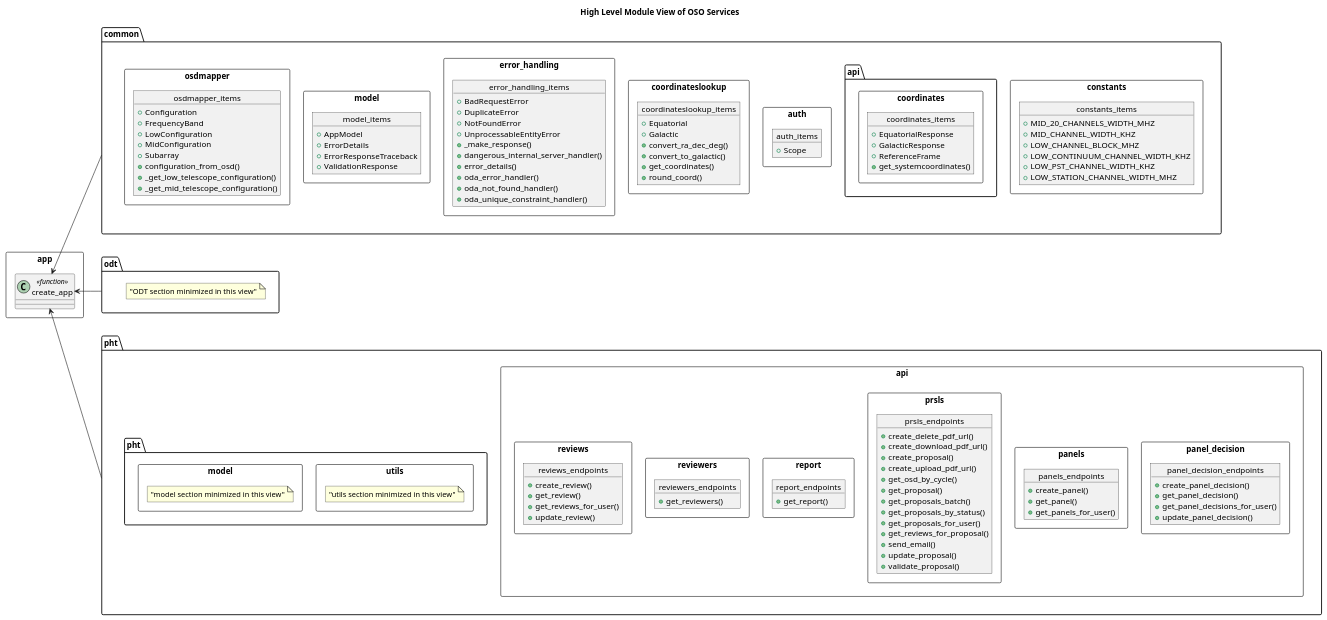
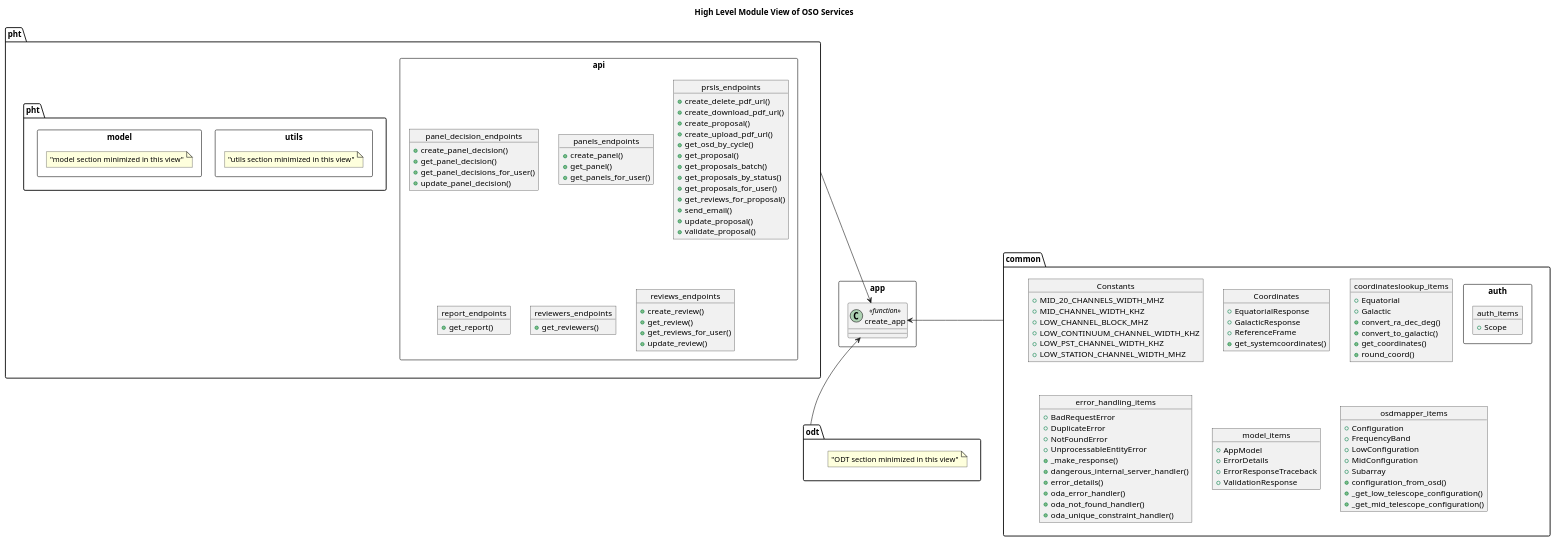
Before and after one commit to ska-telescope/ska-oso-services: the diagram in docs/src/internal/diagrams/module_top_view.puml, drawn with PlantUML. The commit also changed 1 other file, not shown here.

Commit message:
STAR-1524 - update diagram

```diff
--- a/docs/src/internal/diagrams/module_top_view.puml
+++ b/docs/src/internal/diagrams/module_top_view.puml
@@ -1,176 +1,149 @@
 @startuml
 top to bottom direction
 
 title High Level Module View of OSO Services
 
 package "common" as common_pkg {
 
-    package "constants" <<Rectangle>> {
-      object constants_items {
+      object Constants {
         + MID_20_CHANNELS_WIDTH_MHZ
         + MID_CHANNEL_WIDTH_KHZ
         + LOW_CHANNEL_BLOCK_MHZ
         + LOW_CONTINUUM_CHANNEL_WIDTH_KHZ
         + LOW_PST_CHANNEL_WIDTH_KHZ
         + LOW_STATION_CHANNEL_WIDTH_MHZ
       }
-    }
 
-    package "api.coordinates" <<Rectangle>> {
-      object coordinates_items {
+      object Coordinates {
           + EquatorialResponse
           + GalacticResponse
           + ReferenceFrame
           + get_systemcoordinates()
       }
-    }
 
     package "auth" <<Rectangle>> {
         object auth_items {
           + Scope
       }
     }
 
-    package "coordinateslookup" <<Rectangle>> {
         object coordinateslookup_items {
           + Equatorial
           + Galactic
           + convert_ra_dec_deg()
           + convert_to_galactic()
           + get_coordinates()
           + round_coord()
         }
-    }
 
-    package "error_handling" <<Rectangle>> {
         object error_handling_items {
           + BadRequestError
           + DuplicateError
           + NotFoundError
           + UnprocessableEntityError
           + _make_response()
           + dangerous_internal_server_handler()
           + error_details()
           + oda_error_handler()
           + oda_not_found_handler()
           + oda_unique_constraint_handler()
         }
-    }
 
-    package "model" <<Rectangle>> {
         object model_items {
           + AppModel
           + ErrorDetails
           + ErrorResponseTraceback
           + ValidationResponse
       }
-    }
 
-    package "osdmapper" <<Rectangle>> {
         object osdmapper_items {
           + Configuration
           + FrequencyBand
           + LowConfiguration
           + MidConfiguration
           + Subarray
           + configuration_from_osd()
           + _get_low_telescope_configuration()
           + _get_mid_telescope_configuration()
         }
-    }
 }
 
 package "odt" as odt_pkg {
     note as odt_note
     "ODT section minimized in this view"
     end note
 }
 
 package "pht" as pht_pkg {
     package "api" <<Rectangle>> {
-        package "panel_decision" <<Rectangle>> {
           object panel_decision_endpoints {
             + create_panel_decision()
             + get_panel_decision()
             + get_panel_decisions_for_user()
             + update_panel_decision()
           }
-        }
 
-      package "panels" <<Rectangle>> {
         object panels_endpoints {
           + create_panel()
           + get_panel()
           + get_panels_for_user()
         }
-      }
   
-      package "prsls" <<Rectangle>> {
         object prsls_endpoints {
           + create_delete_pdf_url()
           + create_download_pdf_url()
           + create_proposal()
           + create_upload_pdf_url()
           + get_osd_by_cycle()
           + get_proposal()
           + get_proposals_batch()
           + get_proposals_by_status()
           + get_proposals_for_user()
           + get_reviews_for_proposal()
           + send_email()
           + update_proposal()
           + validate_proposal()
         }
-      }
   
-      package "report" <<Rectangle>> {
         object report_endpoints {
           + get_report()
         }
-      }
   
-      package "reviewers" <<Rectangle>> {
         object reviewers_endpoints {
           + get_reviewers()
         }
-      }
   
-      package "reviews" <<Rectangle>> {
         object reviews_endpoints {
           + create_review()
           + get_review()
           + get_reviews_for_user()
           + update_review()
         }
-      }
 
     }
     
     package "pht.utils" <<Rectangle>> {
       note as utils_note
       "utils section minimized in this view"
       end note
     }
     
     package "pht.model" <<Rectangle>> {
       note as model_note
       "model section minimized in this view"
       end note
     }
 
 }
 
-common_pkg -down[hidden]- odt_pkg
-common_pkg -down[hidden]- odt_pkg
-odt_pkg -down[hidden]- pht_pkg
-odt_pkg -down[hidden]- pht_pkg
-
 package "app" <<Rectangle>> {
     class create_app <<function>>
 }
 
 
-common_pkg -down-> app.create_app
-pht_pkg -up-> app.create_app
-odt_pkg -left-> app.create_app
+
+
+common_pkg -left-> app.create_app
+pht_pkg -down-> app.create_app
+odt_pkg -up-> app.create_app
 @enduml
```
